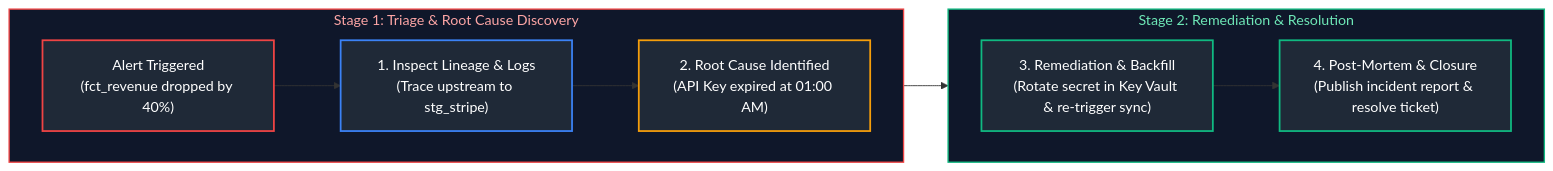
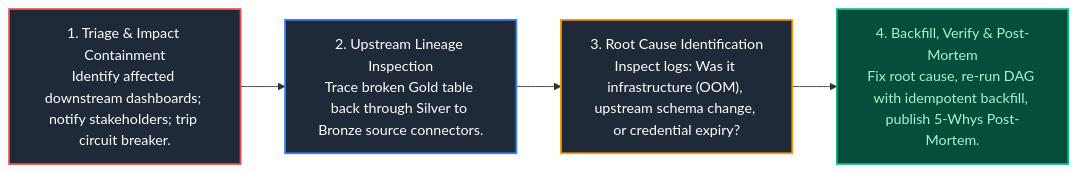
One commit to joydeep-biswas/Interview-Preparation changed the ninth of 9 diagrams in Data Engineering/14_data_governance_security_and_observability.md. Above: the diagram before and after it, drawn with Mermaid. The commit also changed other lines of this file and 143 other files, not shown here.

````diff
--- a/Data Engineering/14_data_governance_security_and_observability.md
+++ b/Data Engineering/14_data_governance_security_and_observability.md
@@ -622,22 +982,14 @@
 ```mermaid
 flowchart LR
-    subgraph Stage1 ["Stage 1: Triage & Root Cause Discovery"]
-        direction LR
-        Incident["Alert Triggered<br/>(fct_revenue dropped by 40%)"] --> Lineage["1. Inspect Lineage & Logs<br/>(Trace upstream to stg_stripe)"] --> Discovery["2. Root Cause Identified<br/>(API Key expired at 01:00 AM)"]
-    end
+    A["1. Triage & Impact Containment<br/>Identify affected downstream dashboards; notify stakeholders; trip circuit breaker."]
+    B["2. Upstream Lineage Inspection<br/>Trace broken Gold table back through Silver to Bronze source connectors."]
+    C["3. Root Cause Identification<br/>Inspect logs: Was it infrastructure (OOM), upstream schema change, or credential expiry?"]
+    D["4. Backfill, Verify & Post-Mortem<br/>Fix root cause, re-run DAG with idempotent backfill, publish 5-Whys Post-Mortem."]
 
-    subgraph Stage2 ["Stage 2: Remediation & Resolution"]
-        direction LR
-        Fix["3. Remediation & Backfill<br/>(Rotate secret in Key Vault & re-trigger sync)"] --> Resolve["4. Post-Mortem & Closure<br/>(Publish incident report & resolve ticket)"]
-    end
+    A --> B --> C --> D
 
-    Discovery --> Fix
-
-    style Stage1 fill:#0f172a,stroke:#ef4444,stroke-width:1.5px,color:#fca5a5
-    style Stage2 fill:#0f172a,stroke:#10b981,stroke-width:1.5px,color:#6ee7b7
-    style Incident fill:#1f2937,stroke:#ef4444,stroke-width:2px,color:#fff
-    style Lineage fill:#1f2937,stroke:#3b82f6,stroke-width:2px,color:#fff
-    style Discovery fill:#1f2937,stroke:#f59e0b,stroke-width:2px,color:#fff
-    style Fix fill:#1f2937,stroke:#10b981,stroke-width:2px,color:#fff
-    style Resolve fill:#1f2937,stroke:#10b981,stroke-width:2px,color:#fff
+    style A fill:#1f2937,stroke:#ef4444,stroke-width:2px,color:#fff
+    style B fill:#1f2937,stroke:#3b82f6,stroke-width:2px,color:#fff
+    style C fill:#1f2937,stroke:#f59e0b,stroke-width:2px,color:#fff
+    style D fill:#064e3b,stroke:#10b981,stroke-width:2px,color:#a7f3d0
 ```
````
